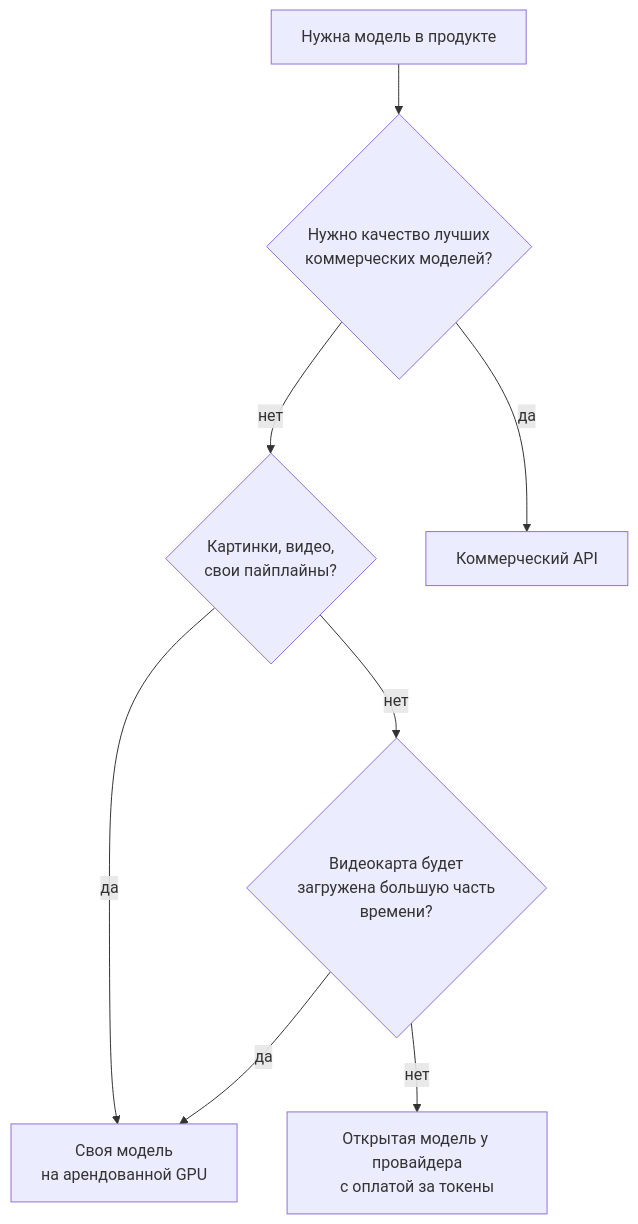
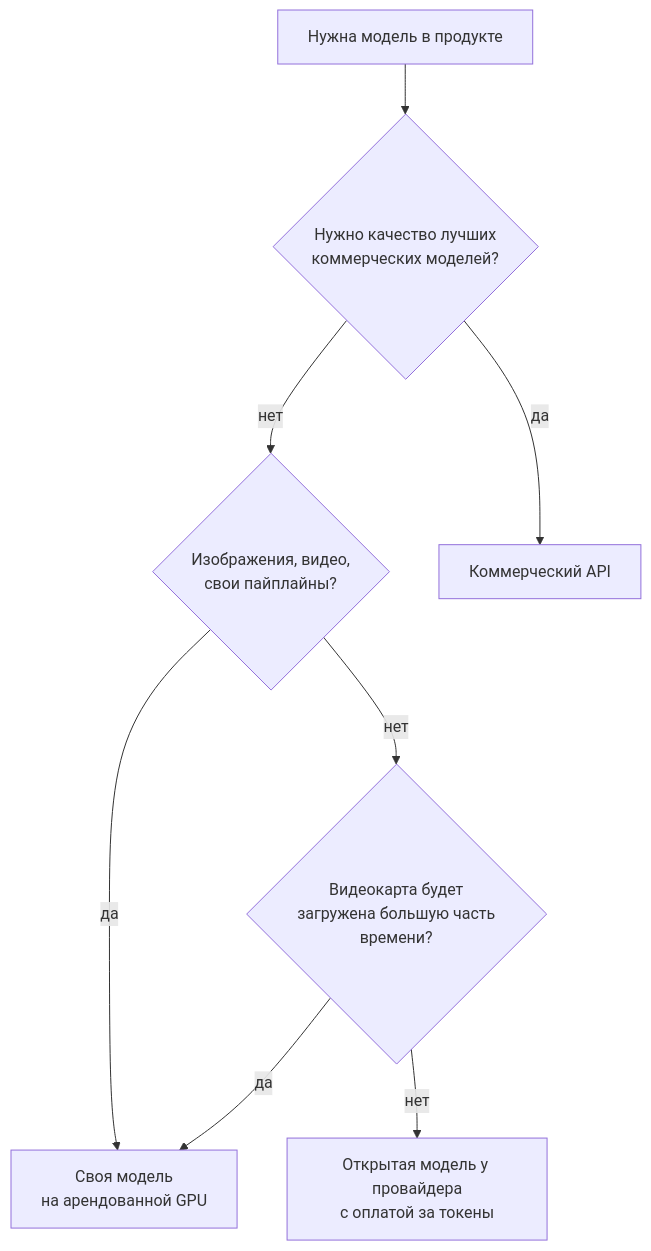
The first of 2 diagrams in content/blog/inference-concept/ru.md (balkhaev/balkhaev.com), drawn with Mermaid before and after one commit. The commit also changed other lines of this file and 15 other files, not shown here.

First line of the commit message:
Say «изображения» instead of «картинки» in Russian posts

````diff
--- a/content/blog/inference-concept/ru.md
+++ b/content/blog/inference-concept/ru.md
@@ -78,17 +78,17 @@
 ```mermaid
 flowchart TD
   start[Нужна модель в продукте]
   frontier{Нужно качество лучших<br/>коммерческих моделей?}
-  media{Картинки, видео,<br/>свои пайплайны?}
+  media{Изображения, видео,<br/>свои пайплайны?}
   load{Видеокарта будет<br/>загружена большую часть<br/>времени?}
   api[Коммерческий API]
   hosted[Открытая модель у провайдера<br/>с оплатой за токены]
   own[Своя модель<br/>на арендованной GPU]
   start --> frontier
   frontier -->|да| api
   frontier -->|нет| media
   media -->|да| own
   media -->|нет| load
   load -->|да| own
   load -->|нет| hosted
 ```
````
